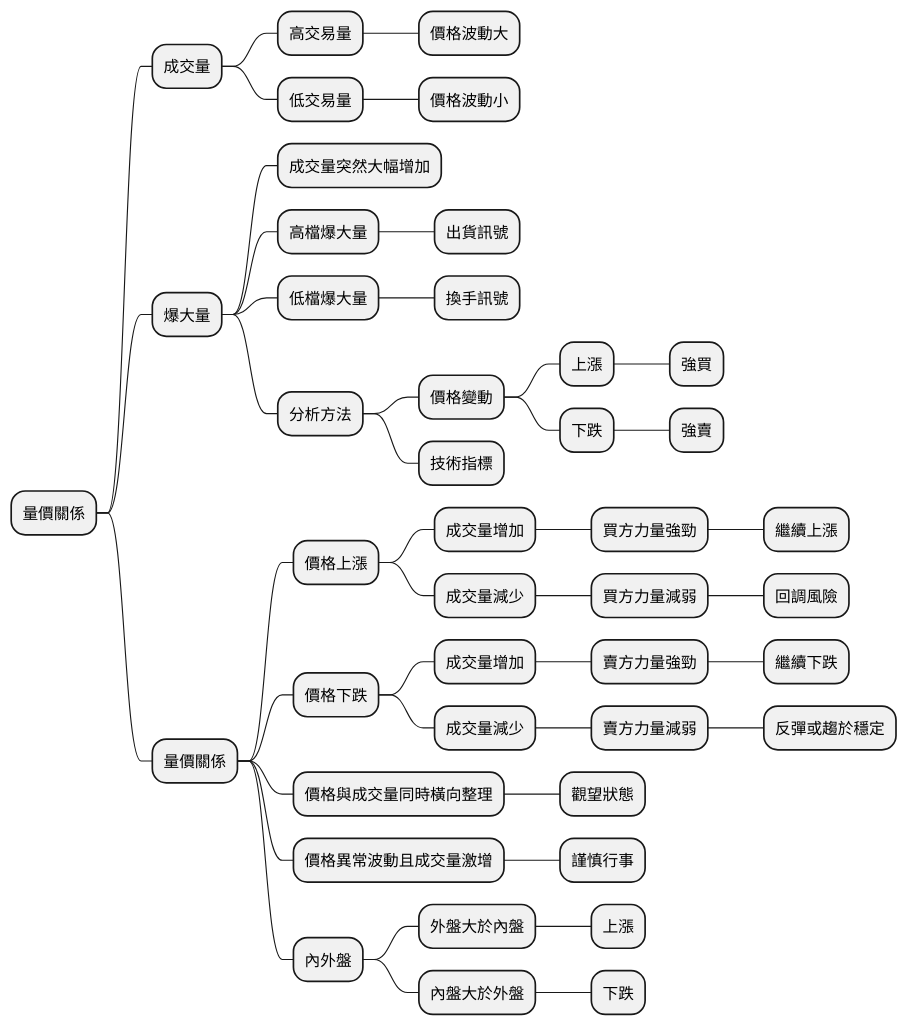
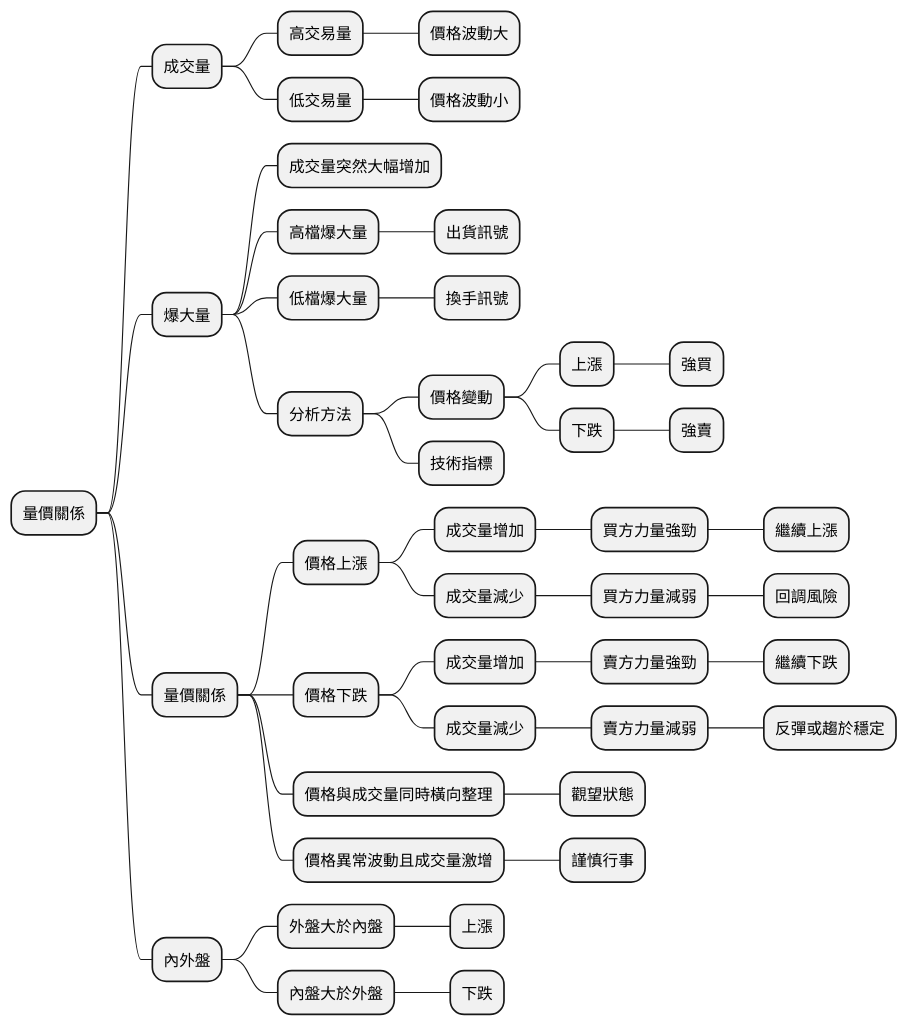
One commit to gavinh0731/gavinh0731.github.io changed the diagram in vault_stock_technical/02【量價關係】/00.量價關係重點整理.md. Above: the diagram before and after it, drawn with PlantUML.

Commit message:
量價關係

````diff
--- a/vault_stock_technical/02【量價關係】/00.量價關係重點整理.md
+++ b/vault_stock_technical/02【量價關係】/00.量價關係重點整理.md
@@ -15,54 +15,54 @@
 ```plantuml
 @startmindmap
 * 量價關係
 
 ++ 成交量
 +++ 高交易量
 ++++ 價格波動大
 +++ 低交易量
 ++++ 價格波動小
 
 ++ 爆大量
 +++ 成交量突然大幅增加
 +++ 高檔爆大量
 ++++ 出貨訊號
 +++ 低檔爆大量
 ++++ 換手訊號
 +++ 分析方法
 ++++ 價格變動
 +++++ 上漲
 ++++++ 強買
 +++++ 下跌
 ++++++ 強賣
 ++++ 技術指標
 
 ++ 量價關係
 
 +++ 價格上漲
 ++++ 成交量增加
 +++++ 買方力量強勁
 ++++++ 繼續上漲
 ++++ 成交量減少
 +++++ 買方力量減弱
 ++++++ 回調風險
 
 +++ 價格下跌
 ++++ 成交量增加
 +++++ 賣方力量強勁
 ++++++ 繼續下跌
 ++++ 成交量減少
 +++++ 賣方力量減弱
 ++++++ 反彈或趨於穩定
 
 +++ 價格與成交量同時橫向整理
 ++++ 觀望狀態
 +++ 價格異常波動且成交量激增
 ++++ 謹慎行事
 
-+++ 內外盤
-++++ 外盤大於內盤
-+++++ 上漲
-++++ 內盤大於外盤
-+++++ 下跌
+++ 內外盤
++++ 外盤大於內盤
+++++ 上漲
++++ 內盤大於外盤
+++++ 下跌
 @endmindmap
 ```
````
